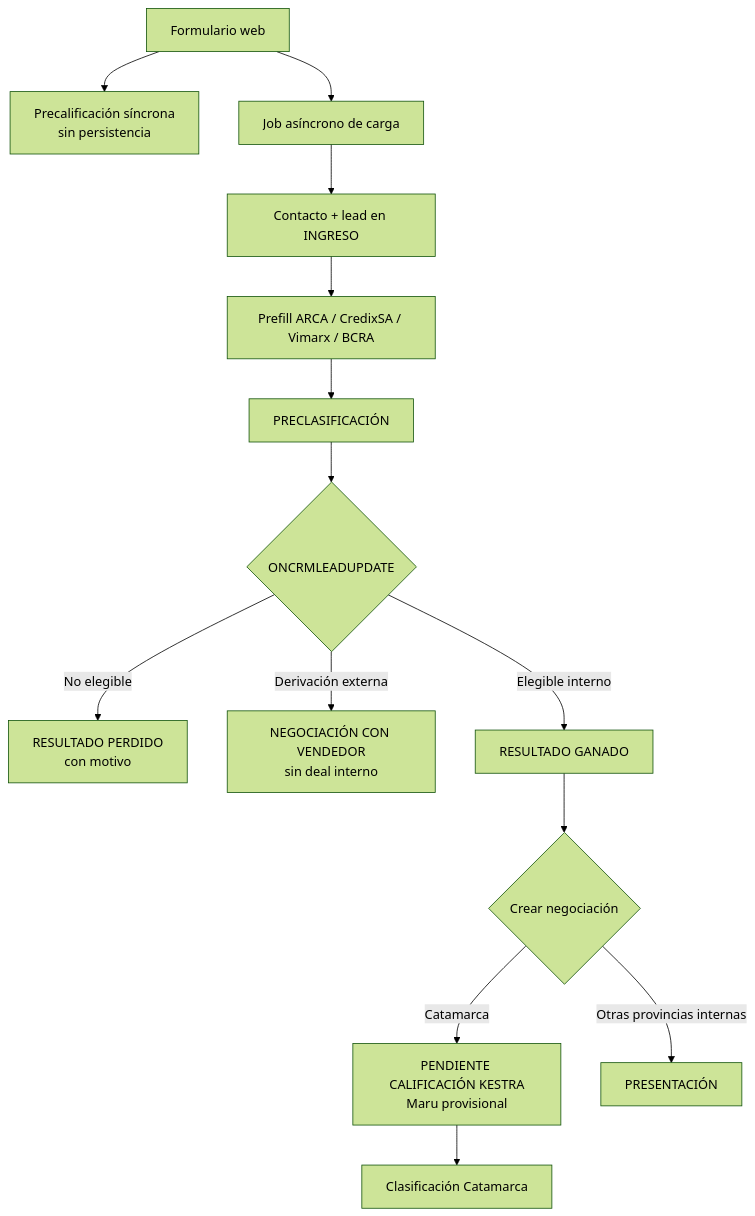
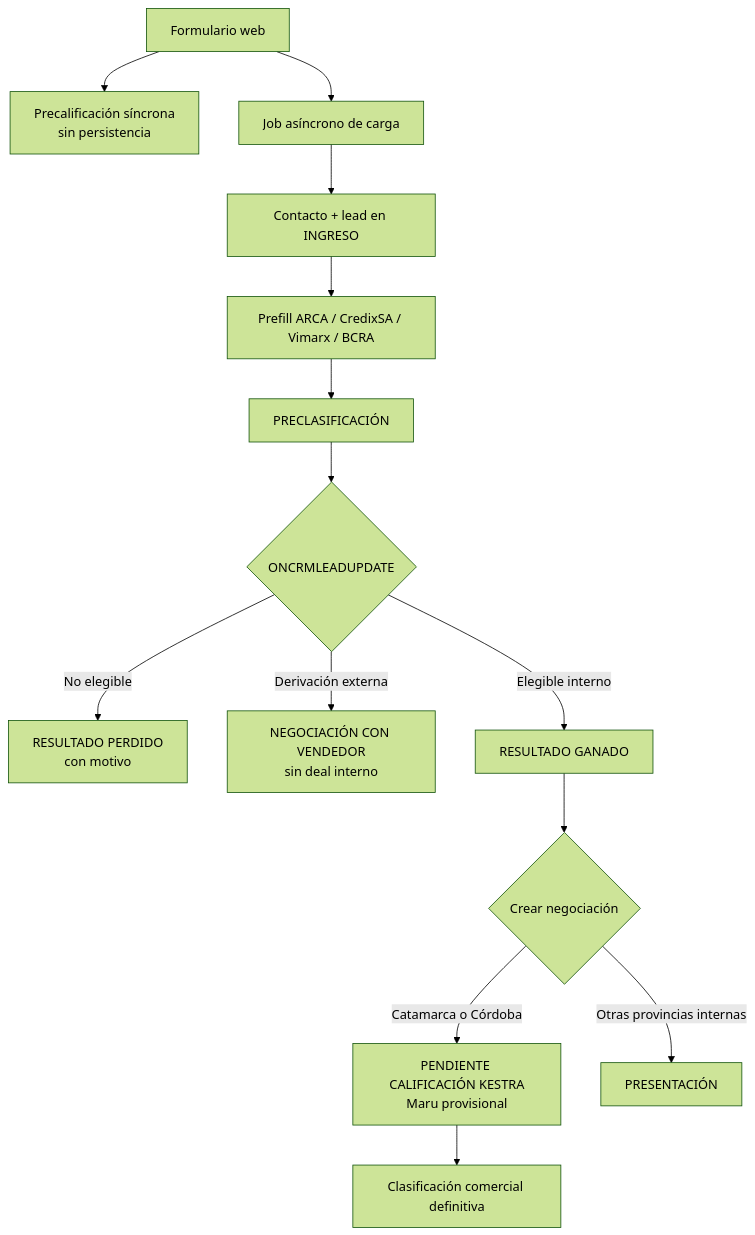
Before and after one commit to Red-Unisol/redunisol-platform: the diagram in kestra/automations/marketing-crm/docs/technical/RUNTIME_ARCHITECTURE.md, drawn with Mermaid (forest theme). The commit also changed other lines of this file and 16 other files, not shown here.

````diff
--- a/kestra/automations/marketing-crm/docs/technical/RUNTIME_ARCHITECTURE.md
+++ b/kestra/automations/marketing-crm/docs/technical/RUNTIME_ARCHITECTURE.md
@@ -17,16 +20,16 @@
 ```mermaid
 flowchart TD
     A[Formulario web] --> B[Precalificación síncrona<br/>sin persistencia]
     A --> C[Job asíncrono de carga]
     C --> D[Contacto + lead en INGRESO]
     D --> E[Prefill ARCA / CredixSA / Vimarx / BCRA]
     E --> F[PRECLASIFICACIÓN]
     F --> G{ONCRMLEADUPDATE}
     G -->|No elegible| H[RESULTADO PERDIDO<br/>con motivo]
     G -->|Derivación externa| I[NEGOCIACIÓN CON VENDEDOR<br/>sin deal interno]
     G -->|Elegible interno| J[RESULTADO GANADO]
     J --> K{Crear negociación}
-    K -->|Catamarca| L[PENDIENTE CALIFICACIÓN KESTRA<br/>Maru provisional]
+    K -->|Catamarca o Córdoba| L[PENDIENTE CALIFICACIÓN KESTRA<br/>Maru provisional]
     K -->|Otras provincias internas| M[PRESENTACIÓN]
-    L --> N[Clasificación Catamarca]
+    L --> N[Clasificación comercial definitiva]
 ```
````
